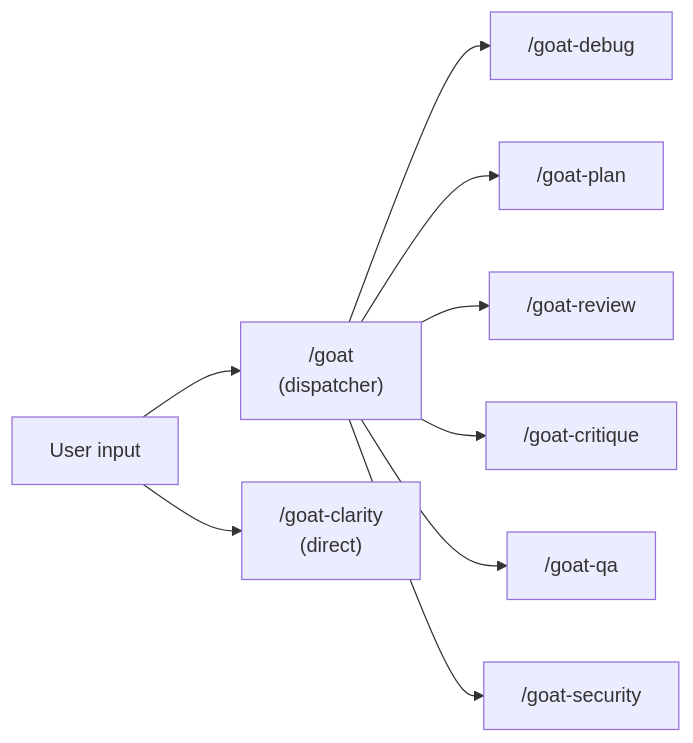
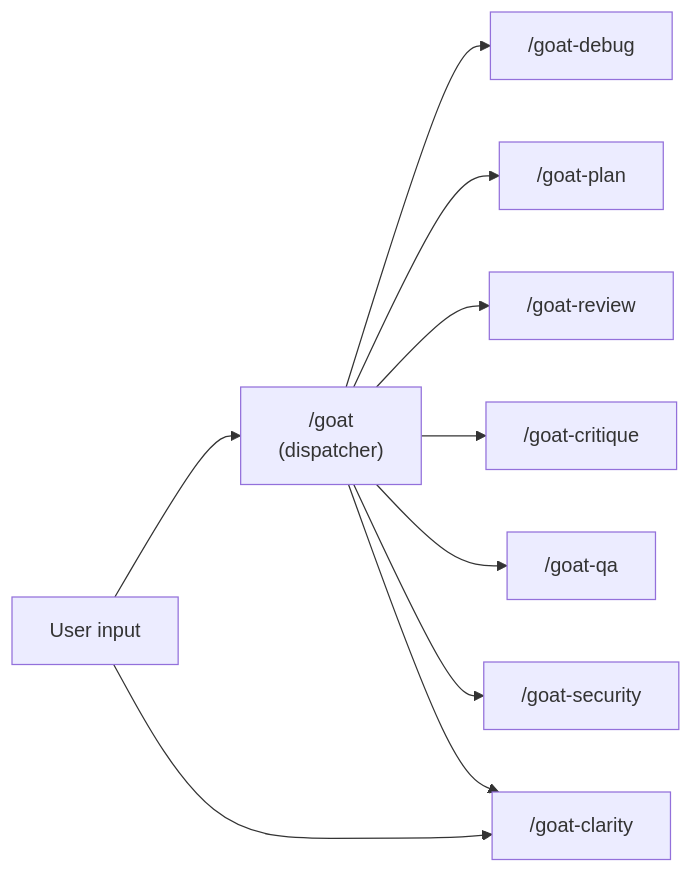
One commit to blundergoat/goat-flow changed the first of 9 diagrams in docs/skills.md. Above: the diagram before and after it, drawn with Mermaid. The commit also changed other lines of this file and 17 other files, not shown here.

Commit message:
stop blocking quoted backticks spanning newlines, route comment and naming cleanup to goat-clarity, score write risk on report-only skills

````diff
--- a/docs/skills.md
+++ b/docs/skills.md
@@ -19,11 +19,12 @@
 ```mermaid
 flowchart LR
     User["User input"] --> Dispatcher["/goat\n(dispatcher)"]
     Dispatcher --> Debug["/goat-debug"]
     Dispatcher --> Plan["/goat-plan"]
     Dispatcher --> Review["/goat-review"]
     Dispatcher --> Critique["/goat-critique"]
     Dispatcher --> QA["/goat-qa"]
     Dispatcher --> Security["/goat-security"]
-    User --> Clarity["/goat-clarity\n(direct)"]
+    Dispatcher --> Clarity["/goat-clarity"]
+    User --> Clarity
 ```
````
